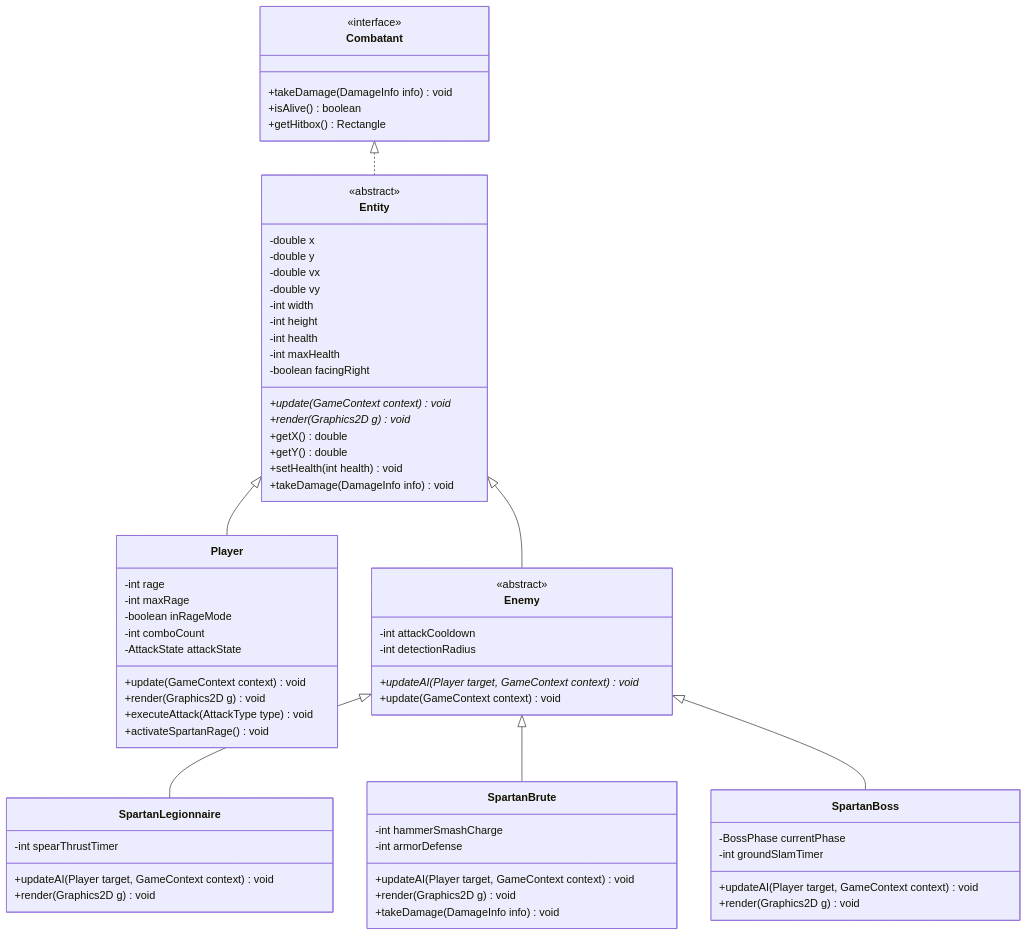
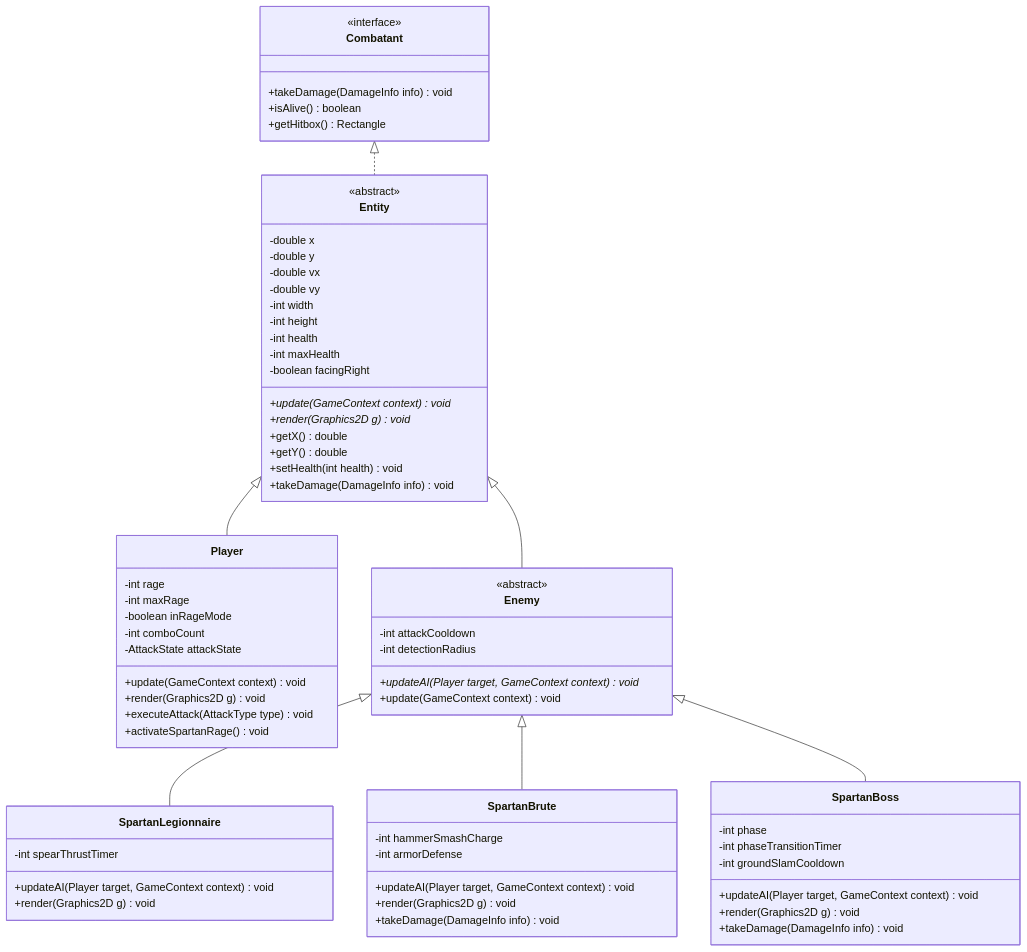
Before and after one commit to vfazano/Good-Of-War-: the diagram in docs/OOP_CONCEPTS.md, drawn with Mermaid. The commit also changed other lines of this file and 11 other files, not shown here.

````diff
--- a/docs/OOP_CONCEPTS.md
+++ b/docs/OOP_CONCEPTS.md
@@ -10,76 +10,78 @@
 ```mermaid
 classDiagram
     class Combatant {
         <<interface>>
         +takeDamage(DamageInfo info) void
         +isAlive() boolean
         +getHitbox() Rectangle
     }
 
     class Entity {
         <<abstract>>
         -double x
         -double y
         -double vx
         -double vy
         -int width
         -int height
         -int health
         -int maxHealth
         -boolean facingRight
         +update(GameContext context)* void
         +render(Graphics2D g)* void
         +getX() double
         +getY() double
         +setHealth(int health) void
         +takeDamage(DamageInfo info) void
     }
 
     class Player {
         -int rage
         -int maxRage
         -boolean inRageMode
         -int comboCount
         -AttackState attackState
         +update(GameContext context) void
         +render(Graphics2D g) void
         +executeAttack(AttackType type) void
         +activateSpartanRage() void
     }
 
     class Enemy {
         <<abstract>>
         -int attackCooldown
         -int detectionRadius
         +updateAI(Player target, GameContext context)* void
         +update(GameContext context) void
     }
 
     class SpartanLegionnaire {
         -int spearThrustTimer
         +updateAI(Player target, GameContext context) void
         +render(Graphics2D g) void
     }
 
     class SpartanBrute {
         -int hammerSmashCharge
         -int armorDefense
         +updateAI(Player target, GameContext context) void
         +render(Graphics2D g) void
         +takeDamage(DamageInfo info) void
     }
 
     class SpartanBoss {
-        -BossPhase currentPhase
-        -int groundSlamTimer
+        -int phase
+        -int phaseTransitionTimer
+        -int groundSlamCooldown
         +updateAI(Player target, GameContext context) void
         +render(Graphics2D g) void
+        +takeDamage(DamageInfo info) void
     }
 
     Combatant <|.. Entity
     Entity <|-- Player
     Entity <|-- Enemy
     Enemy <|-- SpartanLegionnaire
     Enemy <|-- SpartanBrute
     Enemy <|-- SpartanBoss
 ```
````
